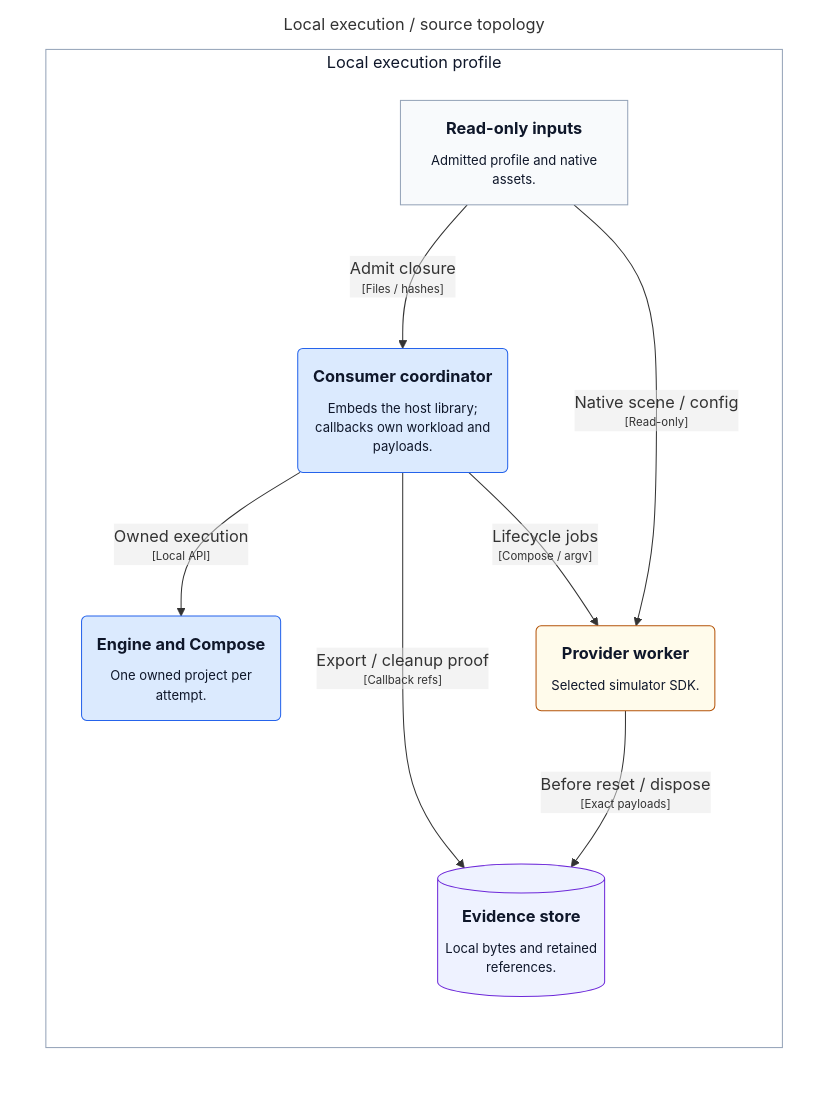
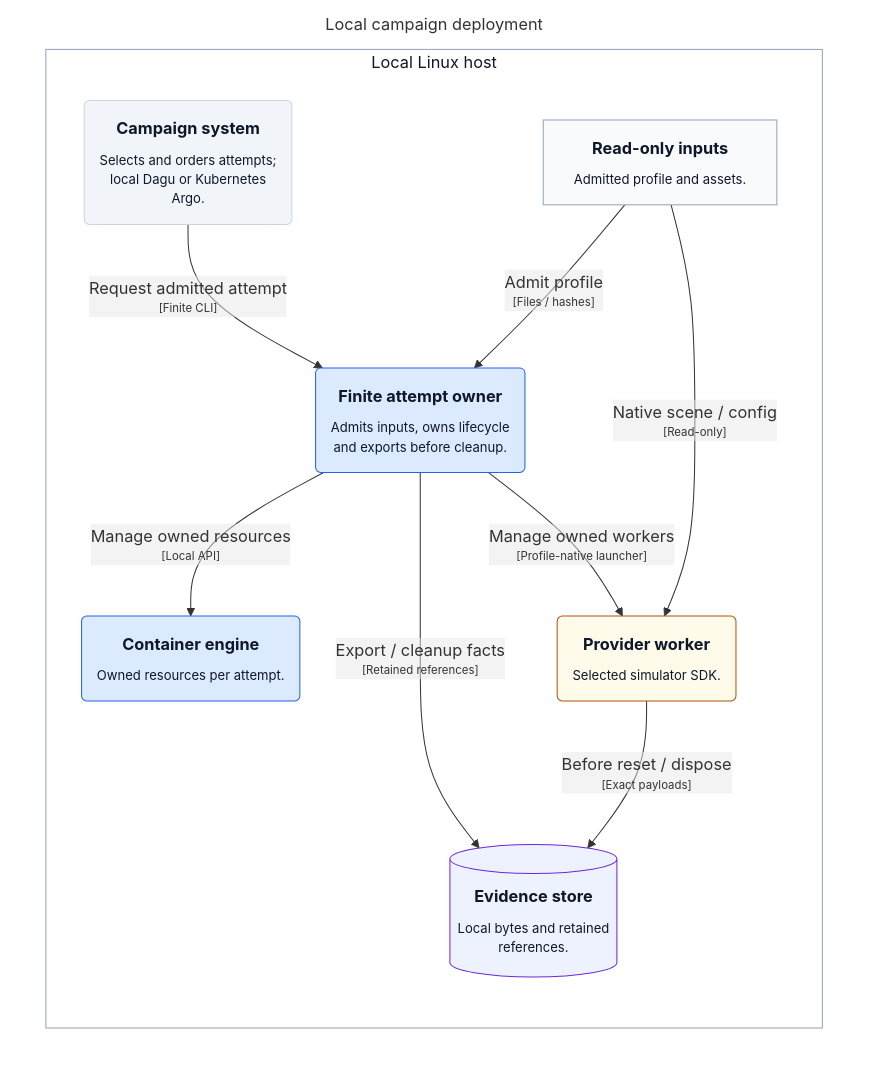
Before and after one commit to mmkolpakov/robotics-runtime: the diagram in docs/architecture/generated/structurizr-ExecutionDeployment.mmd, drawn with Mermaid. The commit also changed 25 other files, not shown here.

Commit message:
docs: define target verification architecture

```diff
--- a/docs/architecture/generated/structurizr-ExecutionDeployment.mmd
+++ b/docs/architecture/generated/structurizr-ExecutionDeployment.mmd
@@ -1,29 +1,32 @@
 graph LR
   linkStyle default fill:#ffffff
 
-  subgraph diagram ["Local execution / source topology"]
+  subgraph diagram ["Local campaign deployment"]
     style diagram fill:#ffffff,stroke:#ffffff
 
-    subgraph 83 ["Local execution profile"]
-      style 83 fill:#ffffff,stroke:#94a3b8,color:#0f172a
+    subgraph 85 ["Local Linux host"]
+      style 85 fill:#ffffff,stroke:#94a3b8,color:#0f172a
 
-      84["<div style='font-weight: bold'>Read-only inputs</div><div style='font-size: 80%; margin-top:10px'>Admitted profile and native<br />assets.</div>"]
-      style 84 fill:#f8fafc,stroke:#94a3b8,color:#0f172a
-      85("<div style='font-weight: bold'>Engine and Compose</div><div style='font-size: 80%; margin-top:10px'>One owned project per<br />attempt.</div>")
-      style 85 fill:#dbeafe,stroke:#2563eb,color:#0f172a
-      86("<div style='font-weight: bold'>Consumer coordinator</div><div style='font-size: 80%; margin-top:10px'>Embeds the host library;<br />callbacks own workload and<br />payloads.</div>")
-      style 86 fill:#dbeafe,stroke:#2563eb,color:#0f172a
-      87("<div style='font-weight: bold'>Provider worker</div><div style='font-size: 80%; margin-top:10px'>Selected simulator SDK.</div>")
-      style 87 fill:#fffbeb,stroke:#b45309,color:#0f172a
-      89[("<div style='font-weight: bold'>Evidence store</div><div style='font-size: 80%; margin-top:10px'>Local bytes and retained<br />references.</div>")]
-      style 89 fill:#eef2ff,stroke:#6d28d9,color:#0f172a
+      86("<div style='font-weight: bold'>Campaign system</div><div style='font-size: 80%; margin-top:10px'>Selects and orders attempts;<br />local Dagu or Kubernetes<br />Argo.</div>")
+      style 86 fill:#f1f5f9,stroke:#cbd5e1,color:#0f172a
+      87["<div style='font-weight: bold'>Read-only inputs</div><div style='font-size: 80%; margin-top:10px'>Admitted profile and assets.</div>"]
+      style 87 fill:#f8fafc,stroke:#94a3b8,color:#0f172a
+      88("<div style='font-weight: bold'>Container engine</div><div style='font-size: 80%; margin-top:10px'>Owned resources per attempt.</div>")
+      style 88 fill:#dbeafe,stroke:#2563eb,color:#0f172a
+      89("<div style='font-weight: bold'>Finite attempt owner</div><div style='font-size: 80%; margin-top:10px'>Admits inputs, owns lifecycle<br />and exports before cleanup.</div>")
+      style 89 fill:#dbeafe,stroke:#2563eb,color:#0f172a
+      91("<div style='font-weight: bold'>Provider worker</div><div style='font-size: 80%; margin-top:10px'>Selected simulator SDK.</div>")
+      style 91 fill:#fffbeb,stroke:#b45309,color:#0f172a
+      93[("<div style='font-weight: bold'>Evidence store</div><div style='font-size: 80%; margin-top:10px'>Local bytes and retained<br />references.</div>")]
+      style 93 fill:#eef2ff,stroke:#6d28d9,color:#0f172a
     end
 
-    86-- "<div>Lifecycle jobs</div><div style='font-size: 70%'>[Compose / argv]</div>" -->87
-    86-- "<div>Export / cleanup proof</div><div style='font-size: 70%'>[Callback refs]</div>" -->89
-    87-- "<div>Before reset / dispose</div><div style='font-size: 70%'>[Exact payloads]</div>" -->89
-    84-- "<div>Admit closure</div><div style='font-size: 70%'>[Files / hashes]</div>" -->86
-    84-- "<div>Native scene / config</div><div style='font-size: 70%'>[Read-only]</div>" -->87
-    86-- "<div>Owned execution</div><div style='font-size: 70%'>[Local API]</div>" -->85
+    86-- "<div>Request admitted attempt</div><div style='font-size: 70%'>[Finite CLI]</div>" -->89
+    89-- "<div>Manage owned workers</div><div style='font-size: 70%'>[Profile-native launcher]</div>" -->91
+    89-- "<div>Export / cleanup facts</div><div style='font-size: 70%'>[Retained references]</div>" -->93
+    91-- "<div>Before reset / dispose</div><div style='font-size: 70%'>[Exact payloads]</div>" -->93
+    87-- "<div>Admit profile</div><div style='font-size: 70%'>[Files / hashes]</div>" -->89
+    87-- "<div>Native scene / config</div><div style='font-size: 70%'>[Read-only]</div>" -->91
+    89-- "<div>Manage owned resources</div><div style='font-size: 70%'>[Local API]</div>" -->88
 
   end
```
